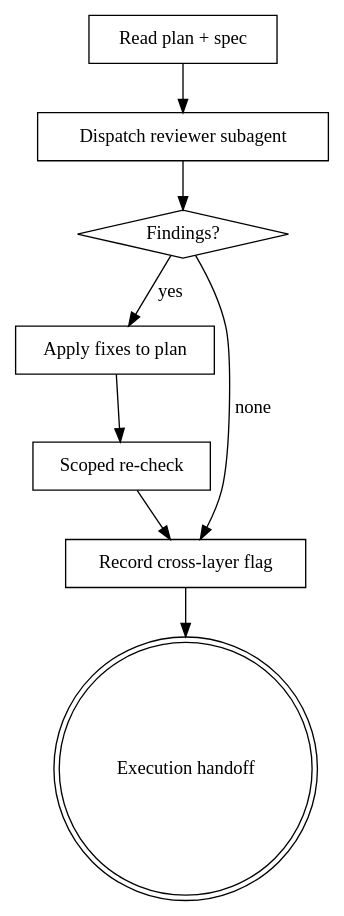
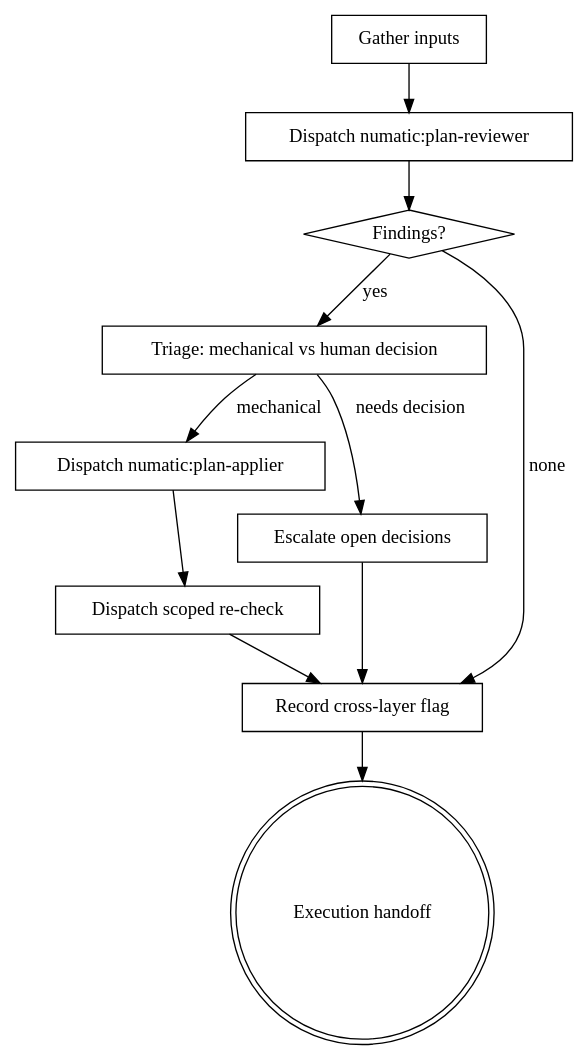
The diagram in plugins/numatic/skills/reviewing-plans/SKILL.md (numaticco/claude-plugins), drawn with Graphviz before and after one commit. The commit also changed other lines of this file and 17 other files, not shown here.

````diff
--- a/plugins/numatic/skills/reviewing-plans/SKILL.md
+++ b/plugins/numatic/skills/reviewing-plans/SKILL.md
@@ -42,19 +60,24 @@
 ```dot
 digraph reviewing_plans {
-    "Read plan + spec" [shape=box];
-    "Dispatch reviewer subagent" [shape=box];
+    "Gather inputs" [shape=box];
+    "Dispatch numatic:plan-reviewer" [shape=box];
     "Findings?" [shape=diamond];
-    "Apply fixes to plan" [shape=box];
-    "Scoped re-check" [shape=box];
+    "Triage: mechanical vs human decision" [shape=box];
+    "Dispatch numatic:plan-applier" [shape=box];
+    "Dispatch scoped re-check" [shape=box];
+    "Escalate open decisions" [shape=box];
     "Record cross-layer flag" [shape=box];
     "Execution handoff" [shape=doublecircle];
 
-    "Read plan + spec" -> "Dispatch reviewer subagent";
-    "Dispatch reviewer subagent" -> "Findings?";
+    "Gather inputs" -> "Dispatch numatic:plan-reviewer";
+    "Dispatch numatic:plan-reviewer" -> "Findings?";
     "Findings?" -> "Record cross-layer flag" [label="none"];
-    "Findings?" -> "Apply fixes to plan" [label="yes"];
-    "Apply fixes to plan" -> "Scoped re-check";
-    "Scoped re-check" -> "Record cross-layer flag";
+    "Findings?" -> "Triage: mechanical vs human decision" [label="yes"];
+    "Triage: mechanical vs human decision" -> "Dispatch numatic:plan-applier" [label="mechanical"];
+    "Triage: mechanical vs human decision" -> "Escalate open decisions" [label="needs decision"];
+    "Dispatch numatic:plan-applier" -> "Dispatch scoped re-check";
+    "Dispatch scoped re-check" -> "Record cross-layer flag";
+    "Escalate open decisions" -> "Record cross-layer flag";
     "Record cross-layer flag" -> "Execution handoff";
 }
 ```
````
